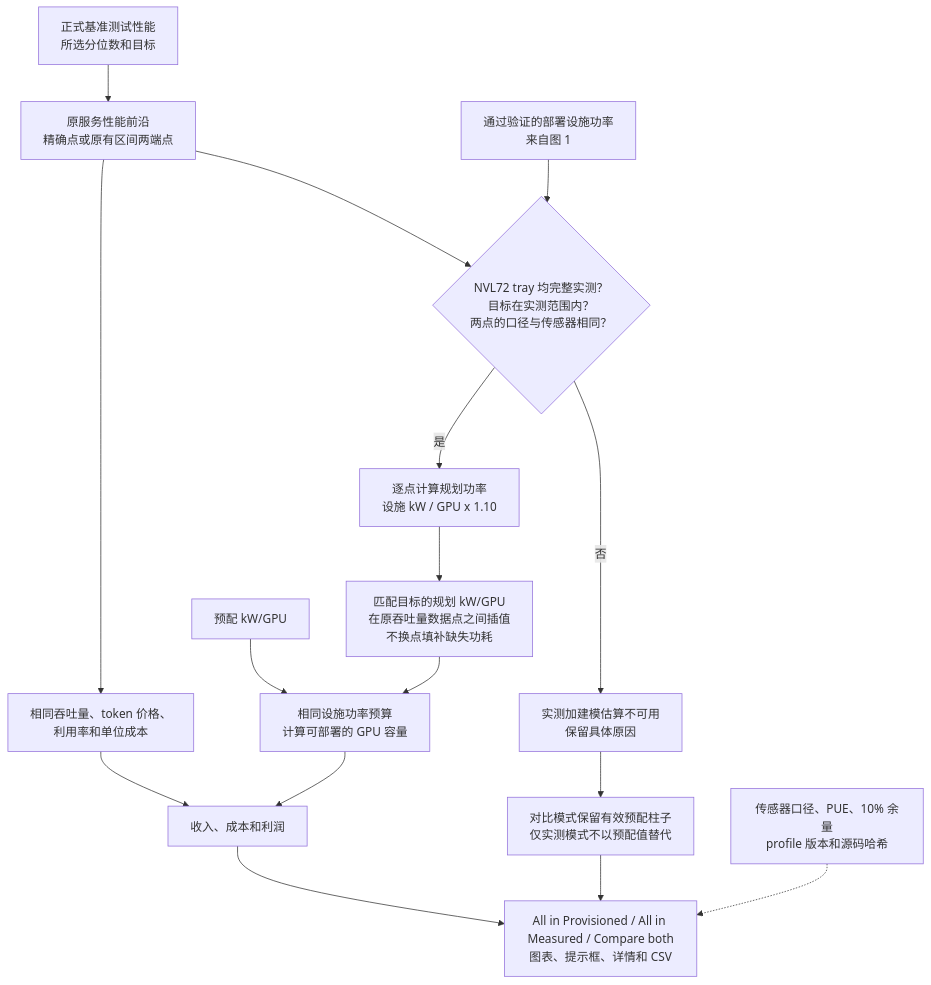
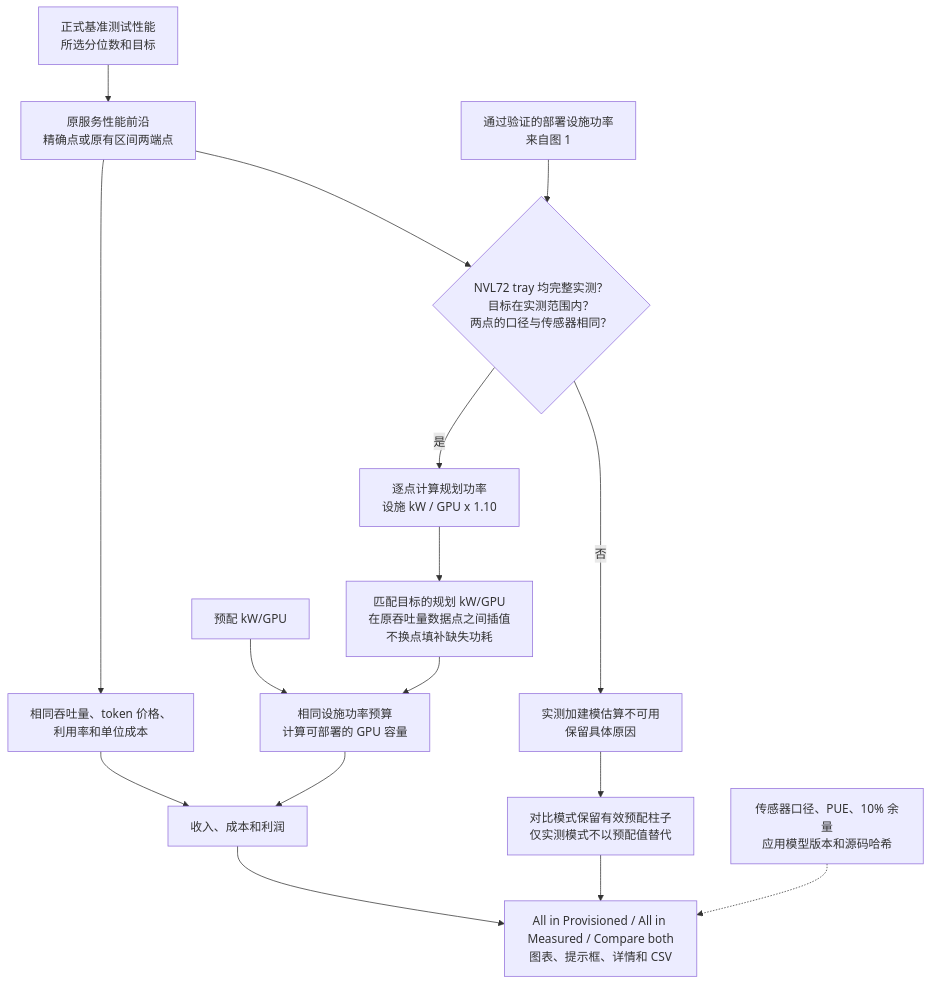
Before and after one commit to SemiAnalysisAI/InferenceX-app: the second of 2 diagrams in docs/powerx-system-power.zh.md, drawn with Mermaid. The commit also changed other lines of this file and 20 other files, not shown here.

````diff
--- a/docs/powerx-system-power.zh.md
+++ b/docs/powerx-system-power.zh.md
@@ -216,18 +215,18 @@
 ```mermaid
 flowchart TB
     PERF["正式基准测试性能<br/>所选分位数和目标"] --> FRONT["原服务性能前沿<br/>精确点或原有区间两端点"]
     POWER["通过验证的部署设施功率<br/>来自图 1"] --> ACCEPT
     FRONT --> ACCEPT{"NVL72 tray 均完整实测？<br/>目标在实测范围内？<br/>两点的口径与传感器相同？"}
     ACCEPT -->|"否"| SKIP["实测加建模估算不可用<br/>保留具体原因"]
     ACCEPT -->|"是"| POINT["逐点计算规划功率<br/>设施 kW / GPU x 1.10"]
     POINT --> SMART["匹配目标的规划 kW/GPU<br/>在原吞吐量数据点之间插值<br/>不换点填补缺失功耗"]
     SPEC["预配 kW/GPU"] --> CAP
     SMART --> CAP["相同设施功率预算<br/>计算可部署的 GPU 容量"]
     FRONT --> INPUT["相同吞吐量、token 价格、<br/>利用率和单位成本"]
     INPUT --> ECON
     CAP --> ECON["收入、成本和利润"]
     ECON --> UI["All in Provisioned / All in Measured / Compare both<br/>图表、提示框、详情和 CSV"]
     SKIP --> KEEP["对比模式保留有效预配柱子<br/>仅实测模式不以预配值替代"]
     KEEP --> UI
-    META["传感器口径、PUE、10% 余量<br/>profile 版本和源码哈希"] -.-> UI
+    META["传感器口径、PUE、10% 余量<br/>应用模型版本和源码哈希"] -.-> UI
 ```
````
